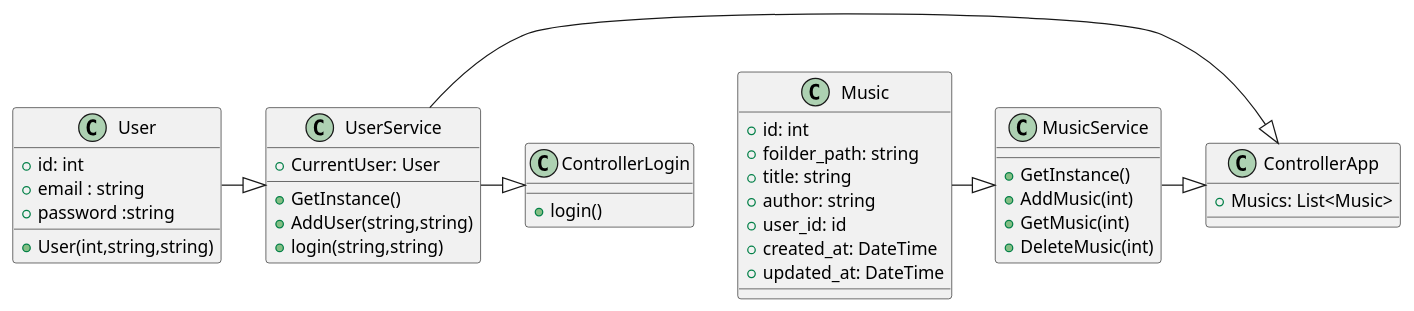
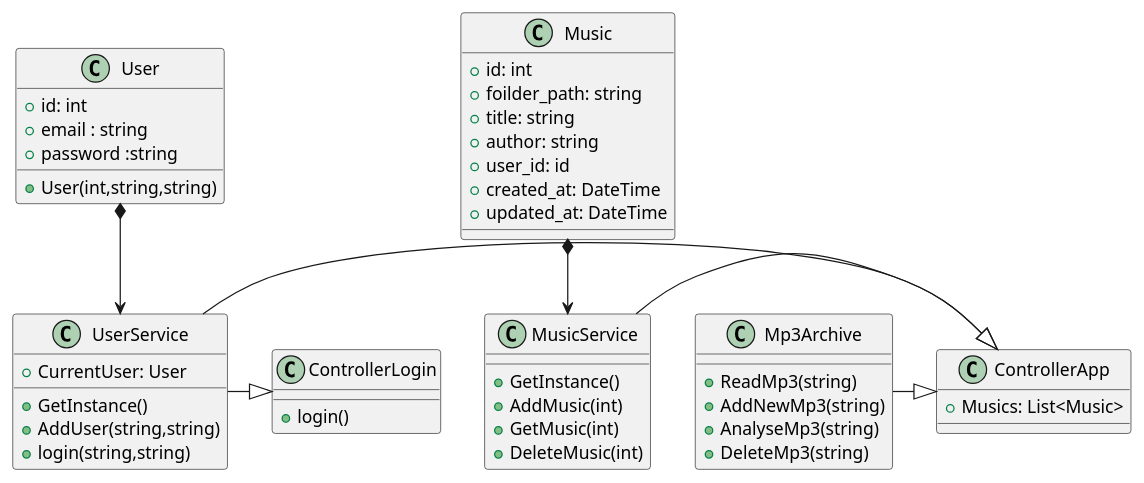
One commit to Galabott/SylviesMp3s changed the diagram in Diagram.md. Above: the diagram before and after it, drawn with PlantUML. The commit also changed 70 other files, not shown here.

`````diff
--- a/Diagram.md
+++ b/Diagram.md
@@ -1,51 +1,58 @@
 ````plantuml
 @startuml
 
 class User{
     +id: int
     +email : string
     +password :string
     +User(int,string,string)
 }
-User -|> UserService
+User *--> UserService
 class UserService{
     +CurrentUser: User
     +GetInstance()
     +AddUser(string,string)
     +login(string,string)
 }
 
 class Music{
     +id: int
     +foilder_path: string
     +title: string
     +author: string
     +user_id: id
     +created_at: DateTime
     +updated_at: DateTime
 }
-Music -|> MusicService
+Music *--> MusicService
 
 class MusicService{
     +GetInstance()
     +AddMusic(int)
     +GetMusic(int)
     +DeleteMusic(int)
 }
 UserService -|> ControllerLogin
 class ControllerLogin{
     +login()
 }
 
 UserService -|> ControllerApp
 MusicService -|> ControllerApp
 class ControllerApp{
     +Musics: List<Music>
 }
 
+Mp3Archive -|> ControllerApp
+class Mp3Archive{
+    +ReadMp3(string)
+    +AddNewMp3(string)
+    +AnalyseMp3(string)
+    +DeleteMp3(string)
+}
 
 
 
 
 @enduml
 ````
`````
